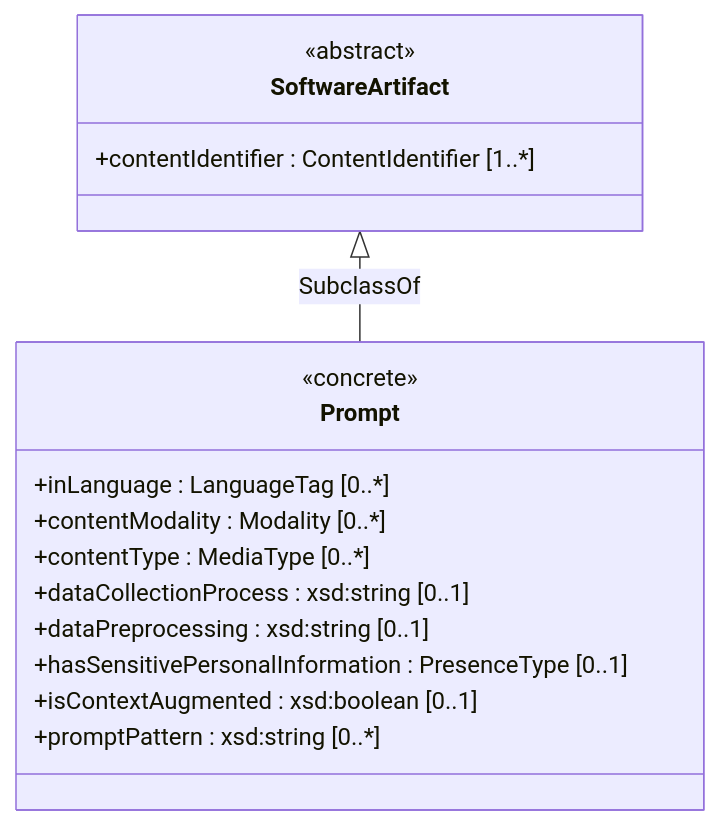
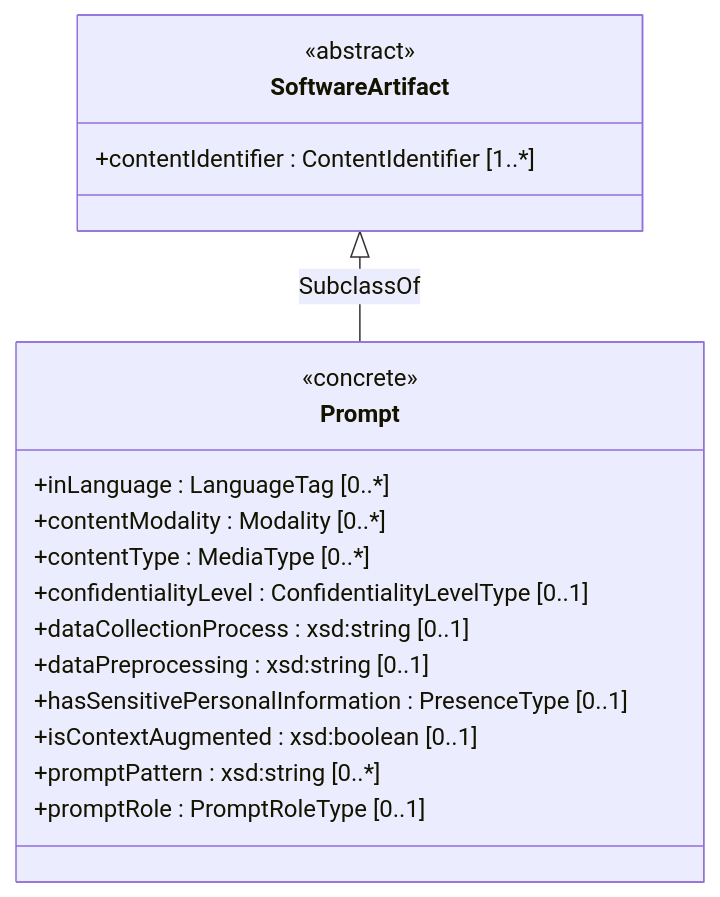
Before and after one commit to spdx/spdx-3-model: the diagram in docs/prompt.md, drawn with Mermaid. The commit also changed other lines of this file and 5 other files, not shown here.

````diff
--- a/docs/prompt.md
+++ b/docs/prompt.md
@@ -81,23 +82,25 @@
 ```mermaid
 classDiagram
     direction TB
 
     class SoftwareArtifact {
         <<abstract>>
         +contentIdentifier : ContentIdentifier [1..*]
     }
 
     class Prompt {
         <<concrete>>
         +inLanguage : LanguageTag [0..*]
         +contentModality : Modality [0..*]
         +contentType : MediaType [0..*]
+        +confidentialityLevel : ConfidentialityLevelType [0..1]
         +dataCollectionProcess : xsd:string [0..1]
         +dataPreprocessing : xsd:string [0..1]
         +hasSensitivePersonalInformation : PresenceType [0..1]
         +isContextAugmented : xsd:boolean [0..1]
         +promptPattern : xsd:string [0..*]
+        +promptRole : PromptRoleType [0..1]
     }
 
     SoftwareArtifact <|-- Prompt : SubclassOf
 ```
````
